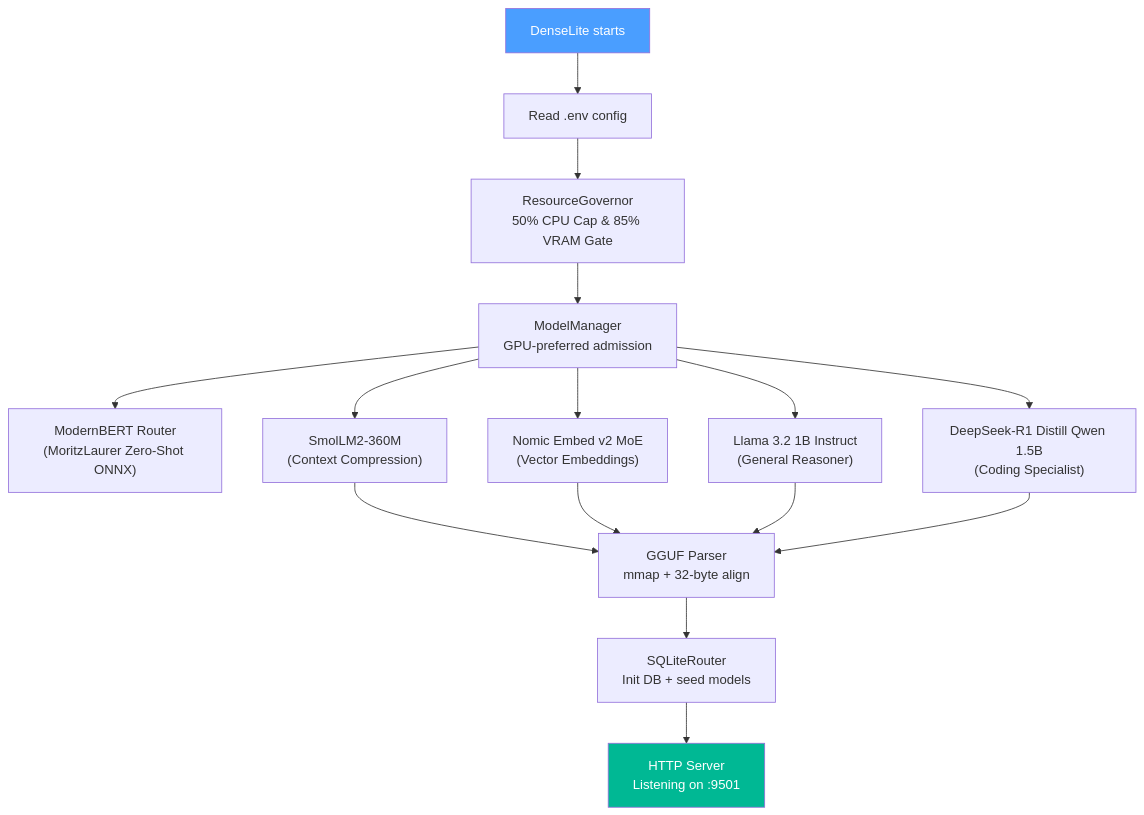
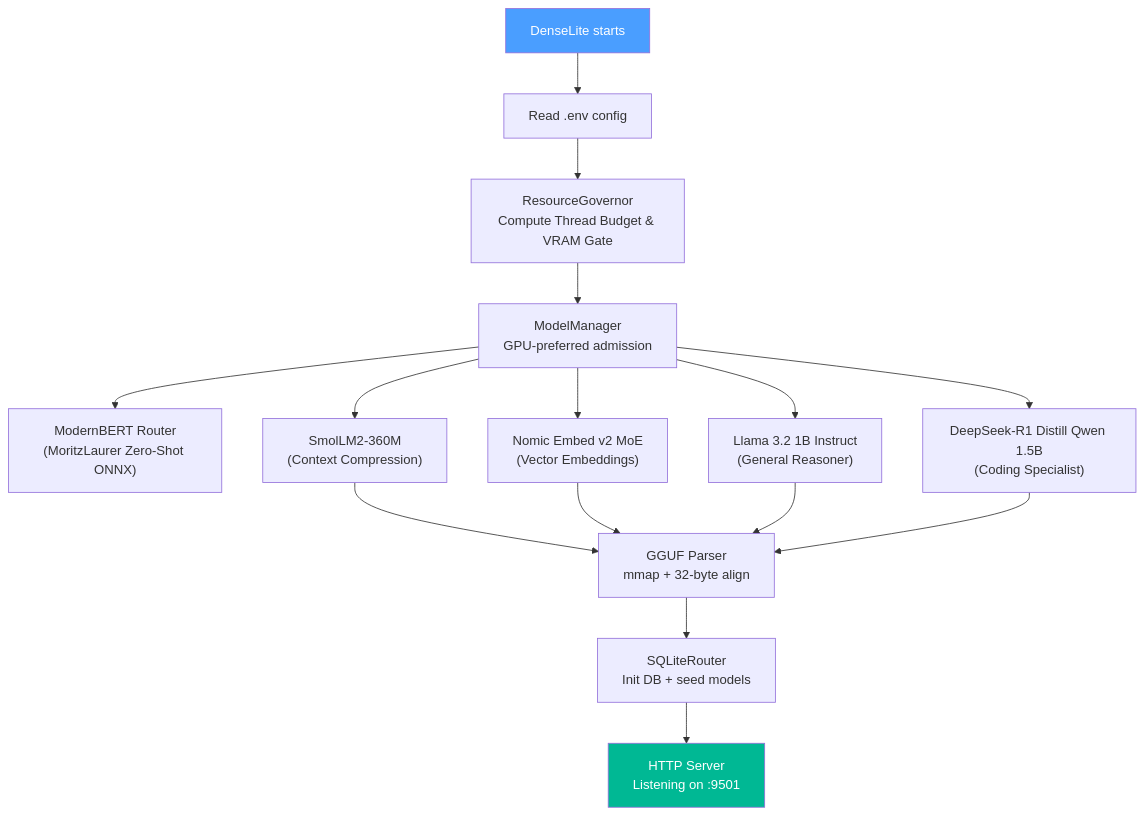
Before and after one commit to ahtesham-clcbws/DenseLite: the third of 4 diagrams in README.md, drawn with Mermaid. The commit also changed other lines of this file and 37 other files, not shown here.

````diff
--- a/README.md
+++ b/README.md
@@ -175,23 +177,23 @@
 ```mermaid
 flowchart TD
     A["DenseLite starts"] --> B["Read .env config"]
-    B --> C["ResourceGovernor<br/>50% CPU Cap & 85% VRAM Gate"]
+    B --> C["ResourceGovernor<br/>Compute Thread Budget & VRAM Gate"]
     C --> D["ModelManager<br/>GPU-preferred admission"]
 
     D --> E["ModernBERT Router<br/>(MoritzLaurer Zero-Shot ONNX)"]
     D --> F["SmolLM2-360M<br/>(Context Compression)"]
     D --> G["Nomic Embed v2 MoE<br/>(Vector Embeddings)"]
     D --> H["Llama 3.2 1B Instruct<br/>(General Reasoner)"]
     D --> I["DeepSeek-R1 Distill Qwen 1.5B<br/>(Coding Specialist)"]
 
     F --> J["GGUF Parser<br/>mmap + 32-byte align"]
     G --> J
     H --> J
     I --> J
 
     J --> K["SQLiteRouter<br/>Init DB + seed models"]
     K --> L["HTTP Server<br/>Listening on :9501"]
 
     style A fill:#4a9eff,color:#fff
     style L fill:#00b894,color:#fff
 ```
````
